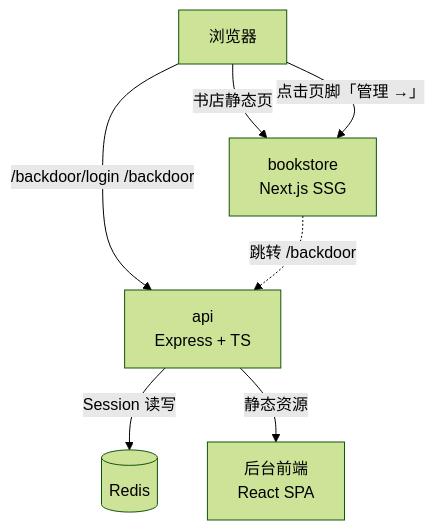
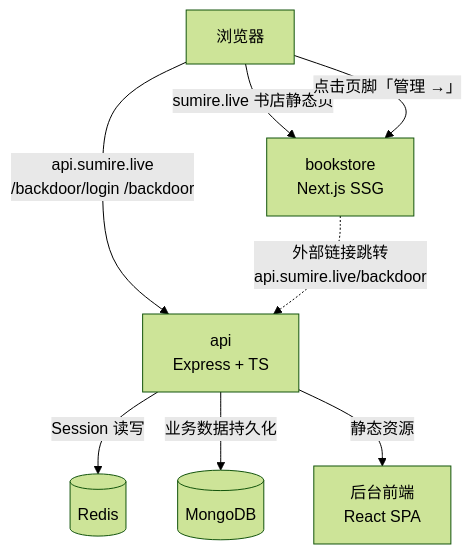
One commit to Deliay/sumire changed the first of 2 diagrams in docs/engineering/proposals/2026-08-12-backdoor-auth-proposal.md. Above: the diagram before and after it, drawn with Mermaid (forest theme). The commit also changed other lines of this file and 1 other file, not shown here.

Commit message:
docs: 技术方案补充 MongoDB 持久化，servers/api 独立域名 api.sumire.live

````diff
--- a/docs/engineering/proposals/2026-08-12-backdoor-auth-proposal.md
+++ b/docs/engineering/proposals/2026-08-12-backdoor-auth-proposal.md
@@ -37,9 +38,10 @@
 ```mermaid
 graph TD
-    U[浏览器] -->|/backdoor/login /backdoor| A[api<br>Express + TS]
-    U -->|书店静态页| B[bookstore<br>Next.js SSG]
+    U[浏览器] -->|api.sumire.live<br>/backdoor/login /backdoor| A[api<br>Express + TS]
+    U -->|sumire.live 书店静态页| B[bookstore<br>Next.js SSG]
     A -->|Session 读写| C[(Redis)]
+    A -->|业务数据持久化| M[(MongoDB)]
     A -->|静态资源| D[后台前端<br>React SPA]
     U -->|点击页脚「管理 →」| B
-    B -.->|跳转 /backdoor| A
+    B -.->|外部链接跳转<br>api.sumire.live/backdoor| A
 ```
````
